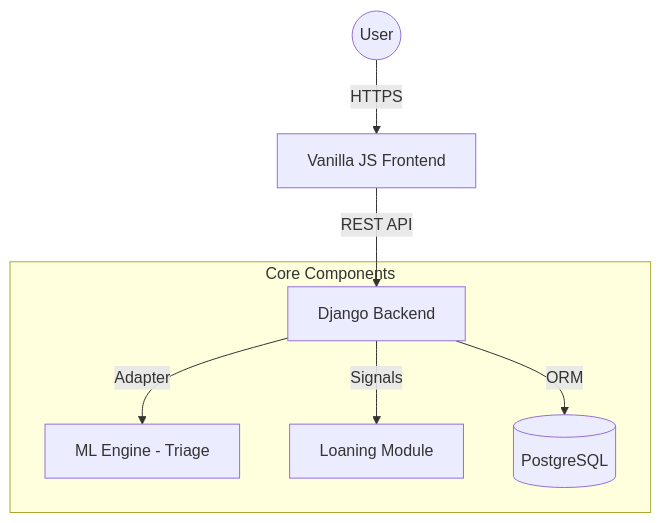
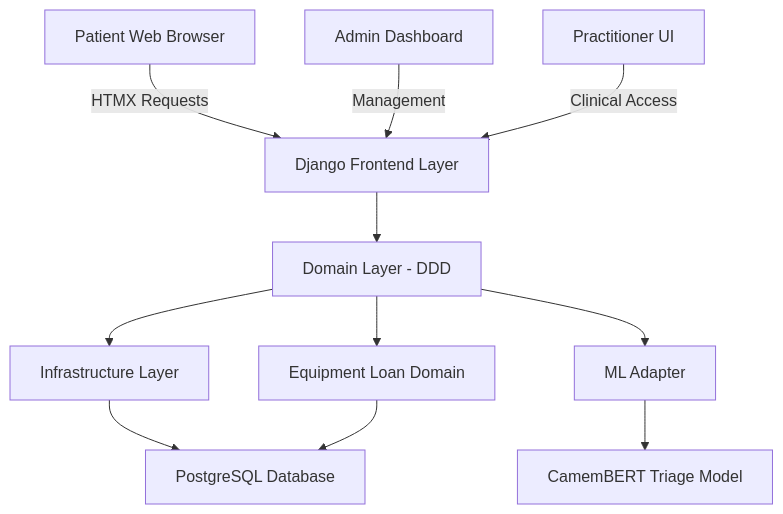
One commit to vtiquet/holbertonschool-portfolio_project changed the first of 3 diagrams in Report_main.md. Above: the diagram before and after it, drawn with Mermaid. The commit also changed other lines of this file, not shown here.

````diff
--- a/Report_main.md
+++ b/Report_main.md
@@ -59,12 +103,13 @@
 ```mermaid
 graph TD
-    User((User)) -->|HTTPS| Web[Vanilla JS Frontend]
-    Web -->|REST API| Django[Django Backend]
-    
-    subgraph "Core Components"
-        Django -->|Adapter| ML[ML Engine - Triage]
-        Django -->|Signals| Inventory[Loaning Module]
-        Django -->|ORM| DB[(PostgreSQL)]
-    end
-
+    A[Patient Web Browser] -->|HTMX Requests| B[Django Frontend Layer]
+    B --> C[Domain Layer - DDD]
+    C --> D[Infrastructure Layer]
+    D --> E[PostgreSQL Database]
+    C --> F[ML Adapter]
+    F --> G[CamemBERT Triage Model]
+    C --> H[Equipment Loan Domain]
+    H --> E
+    I[Admin Dashboard] -->|Management| B
+    J[Practitioner UI] -->|Clinical Access| B
 ```
````
